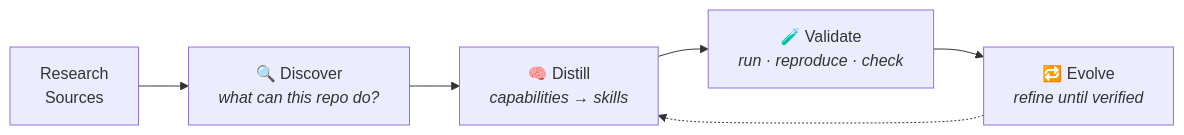
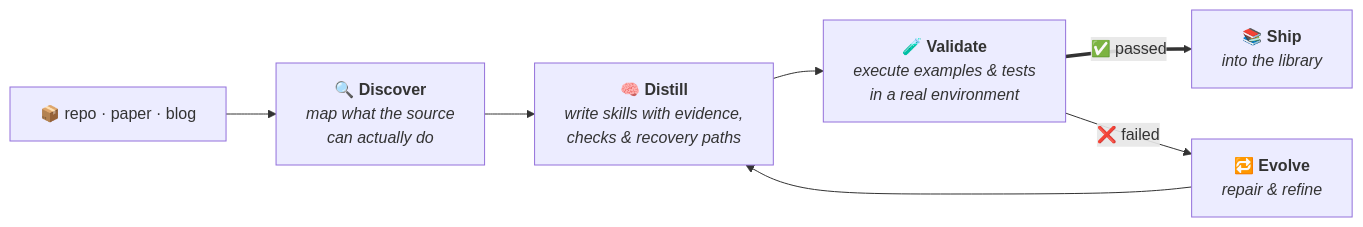
Before and after one commit to Lolo1222/AREX-Skill: the third of 5 diagrams in README.md, drawn with Mermaid. The commit also changed other lines of this file and 1 other file, not shown here.

First line of the commit message:
docs: first-screen value proposition, richer diagrams, unlink private report

````diff
--- a/README.md
+++ b/README.md
@@ -119,8 +127,9 @@
 ```mermaid
 flowchart LR
-    S["Research<br>Sources"] --> A["🔍 Discover<br><i>what can this repo do?</i>"]
-    A --> B["🧠 Distill<br><i>capabilities → skills</i>"]
-    B --> C["🧪 Validate<br><i>run · reproduce · check</i>"]
-    C --> D["🔁 Evolve<br><i>refine until verified</i>"]
-    D -.-> B
+    S["📦 repo · paper · blog"] --> A["🔍 <b>Discover</b><br><i>map what the source<br>can actually do</i>"]
+    A --> B["🧠 <b>Distill</b><br><i>write skills with evidence,<br>checks & recovery paths</i>"]
+    B --> C["🧪 <b>Validate</b><br><i>execute examples & tests<br>in a real environment</i>"]
+    C == "✅ passed" ==> L["📚 <b>Ship</b><br><i>into the library</i>"]
+    C -- "❌ failed" --> E["🔁 <b>Evolve</b><br><i>repair & refine</i>"]
+    E --> B
 ```
````
